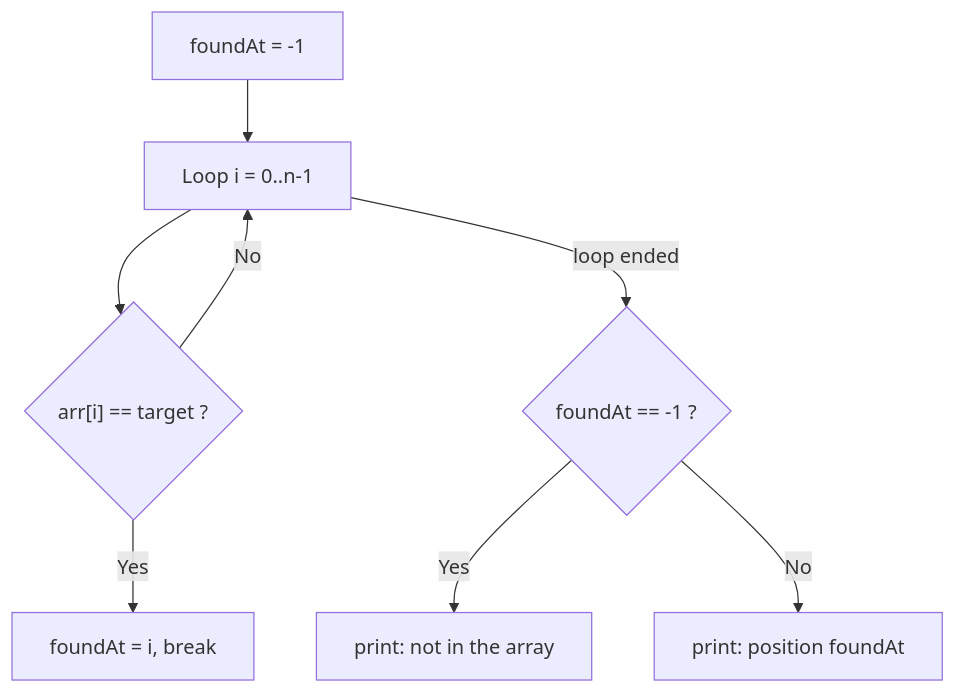
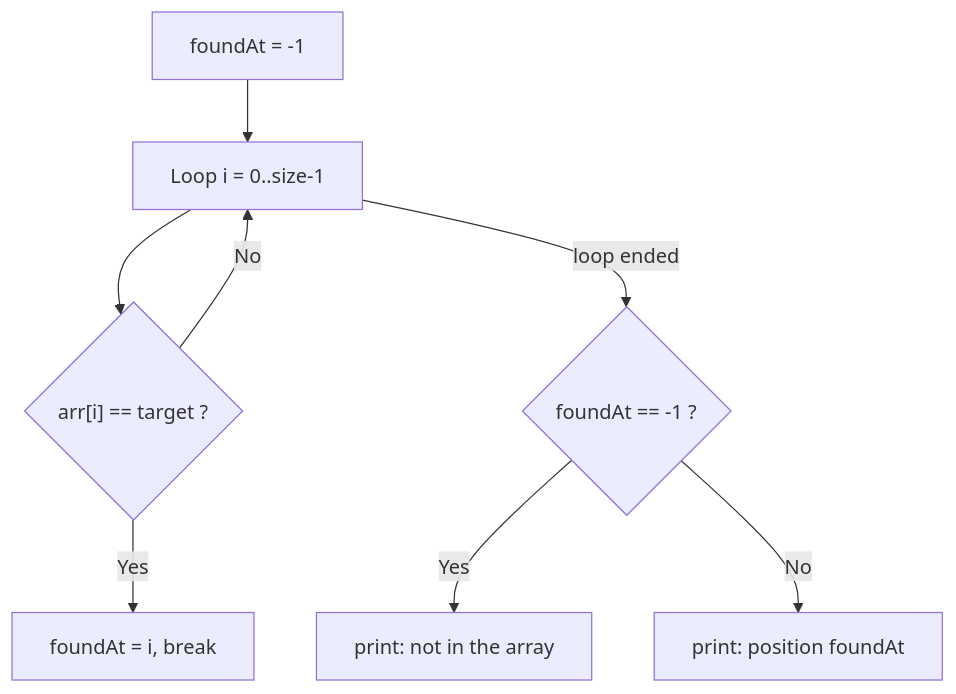
The second of 3 diagrams in c-programing-workshop/session-3/problems/04-linear-search/README.md (Wameeedh/c-programing-workshop), drawn with Mermaid before and after one commit. The commit also changed other lines of this file and 12 other files, not shown here.

````diff
--- a/c-programing-workshop/session-3/problems/04-linear-search/README.md
+++ b/c-programing-workshop/session-3/problems/04-linear-search/README.md
@@ -82,10 +84,10 @@
 ```mermaid
 flowchart TD
-    S["foundAt = -1"] --> L["Loop i = 0..n-1"]
+    S["foundAt = -1"] --> L["Loop i = 0..size-1"]
     L --> Q{"arr[i] == target ?"}
     Q -- Yes --> F["foundAt = i, break"]
     Q -- No --> L
     L -- loop ended --> A{"foundAt == -1 ?"}
     A -- Yes --> NF["print: not in the array"]
     A -- No --> OK["print: position foundAt"]
 ```
````
